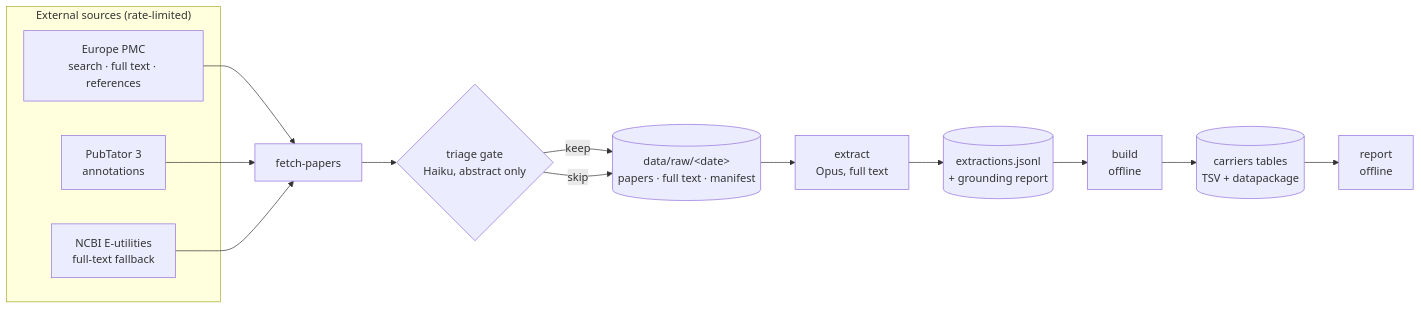
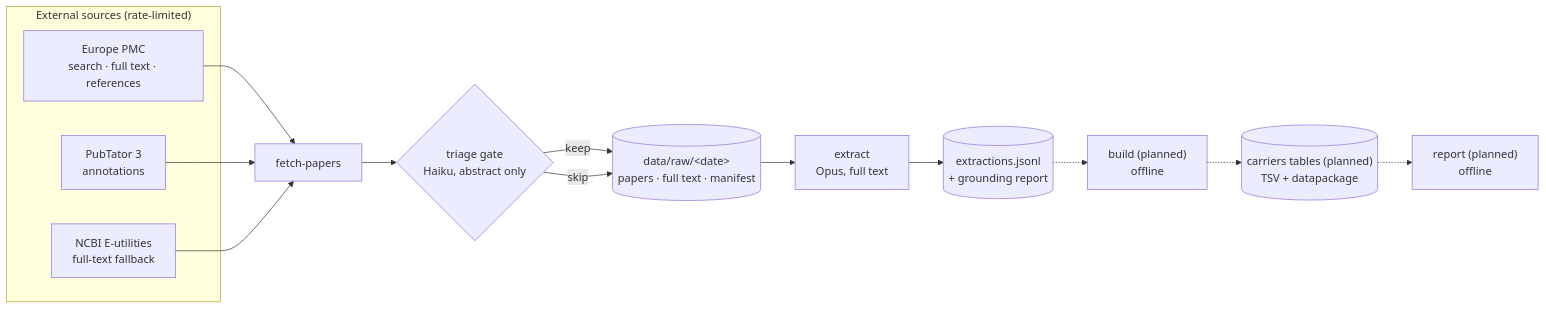
Before and after one commit to jcrussell/col4a1a2-watcher: the diagram in docs/architecture.md, drawn with Mermaid. The commit also changed other lines of this file and 8 other files, not shown here.

````diff
--- a/docs/architecture.md
+++ b/docs/architecture.md
@@ -5,25 +5,25 @@
 ```mermaid
 flowchart LR
   subgraph sources["External sources (rate-limited)"]
     EPMC["Europe PMC<br/>search · full text · references"]
     PT["PubTator 3<br/>annotations"]
     EUT["NCBI E-utilities<br/>full-text fallback"]
   end
 
   FETCH["fetch-papers"]
   GATE{"triage gate<br/>Haiku, abstract only"}
   SNAP[("data/raw/&lt;date&gt;<br/>papers · full text · manifest")]
   EXTRACT["extract<br/>Opus, full text"]
   RECS[("extractions.jsonl<br/>+ grounding report")]
-  BUILD["build<br/>offline"]
-  TABLES[("carriers tables<br/>TSV + datapackage")]
-  REPORT["report<br/>offline"]
+  BUILD["build (planned)<br/>offline"]
+  TABLES[("carriers tables (planned)<br/>TSV + datapackage")]
+  REPORT["report (planned)<br/>offline"]
 
   EPMC --> FETCH
   PT --> FETCH
   EUT --> FETCH
   FETCH --> GATE
   GATE -- keep --> SNAP
   GATE -- skip --> SNAP
-  SNAP --> EXTRACT --> RECS --> BUILD --> TABLES --> REPORT
+  SNAP --> EXTRACT --> RECS -.-> BUILD -.-> TABLES -.-> REPORT
 ```
````
